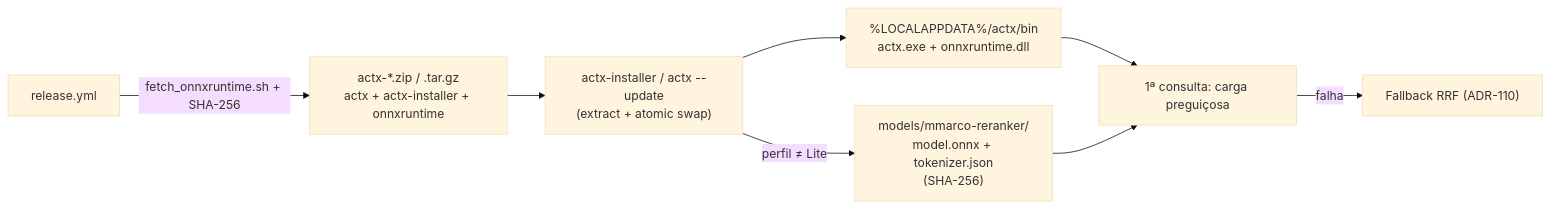
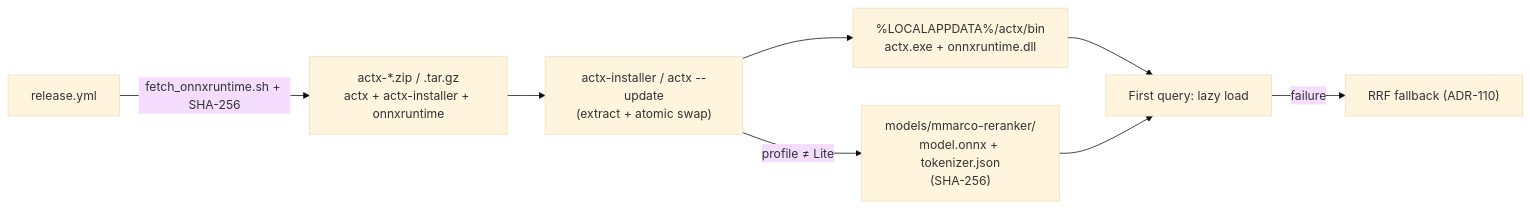
One commit to Levix-Digital/any-context changed the second of 2 diagrams in docs/adr/0130-real-onnx-runtime-multilingual-cross-encoder.md. Above: the diagram before and after it, drawn with Mermaid (base theme). The commit also changed other lines of this file and 23 other files, not shown here.

````diff
--- a/docs/adr/0130-real-onnx-runtime-multilingual-cross-encoder.md
+++ b/docs/adr/0130-real-onnx-runtime-multilingual-cross-encoder.md
@@ -96,10 +76,10 @@
 ```mermaid
 flowchart LR
     CI["release.yml"] -->|fetch_onnxruntime.sh + SHA-256| PKG["actx-*.zip / .tar.gz<br/>actx + actx-installer + onnxruntime"]
     PKG --> INST["actx-installer / actx --update<br/>(extract + atomic swap)"]
     INST --> BIN["%LOCALAPPDATA%/actx/bin<br/>actx.exe + onnxruntime.dll"]
-    INST -->|perfil ≠ Lite| MODELS["models/mmarco-reranker/<br/>model.onnx + tokenizer.json<br/>(SHA-256)"]
-    BIN --> RUN["1ª consulta: carga preguiçosa"]
+    INST -->|profile ≠ Lite| MODELS["models/mmarco-reranker/<br/>model.onnx + tokenizer.json<br/>(SHA-256)"]
+    BIN --> RUN["First query: lazy load"]
     MODELS --> RUN
-    RUN -->|falha| RRF["Fallback RRF (ADR-110)"]
+    RUN -->|failure| RRF["RRF fallback (ADR-110)"]
 ```
````
